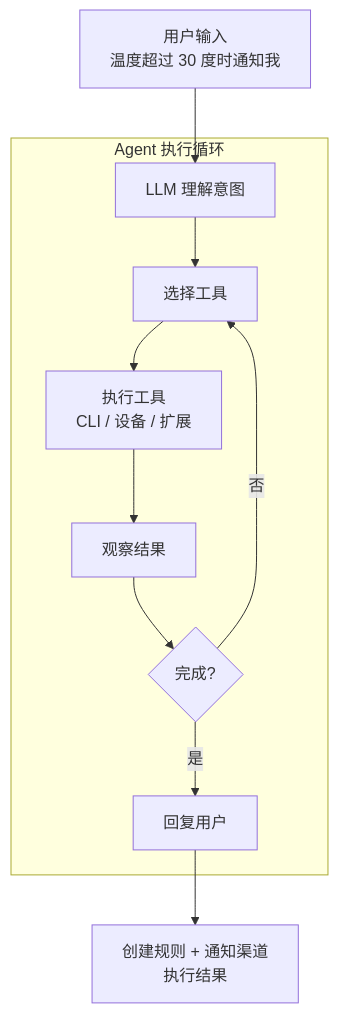
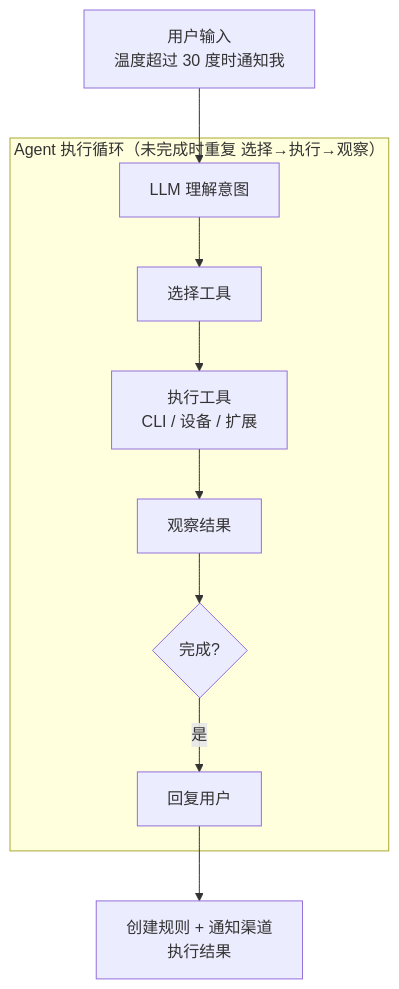
Before and after one commit to luommy/wiki-documents: the fourth of 4 diagrams in docs/0-neomind/concepts/2-core-concepts.md, drawn with Mermaid. The commit also changed 1 other file, not shown here.

Commit message:
fix(docs): remove dagre-crashing back-edge in Agent Model flowchart
The Agent execution loop diagram had a directed back-edge
(DECIDE →|no|→ CHOOSE) that created a cycle, crashing dagre's
network-simplex ranker with "Cannot read properties of undefined
(reading 'v')". Removed the back-edge and moved the loop concept
into the subgraph title. Same fix as bb673553 for the AI Agent page.

````diff
--- a/docs/0-neomind/concepts/2-core-concepts.md
+++ b/docs/0-neomind/concepts/2-core-concepts.md
@@ -168,16 +168,15 @@
 ```mermaid
 flowchart TB
     INPUT[用户输入<br/>温度超过 30 度时通知我]
     INPUT --> LLM[LLM 理解意图]
 
-    subgraph Loop["Agent 执行循环"]
+    subgraph Loop["Agent 执行循环（未完成时重复 选择→执行→观察）"]
         LLM --> CHOOSE[选择工具]
         CHOOSE --> EXEC[执行工具<br/>CLI / 设备 / 扩展]
         EXEC --> OBSERVE[观察结果]
         OBSERVE --> DECIDE{完成?}
-        DECIDE -->|否| CHOOSE
         DECIDE -->|是| RESPOND[回复用户]
     end
 
     RESPOND --> OUT[创建规则 + 通知渠道<br/>执行结果]
 ```
````
